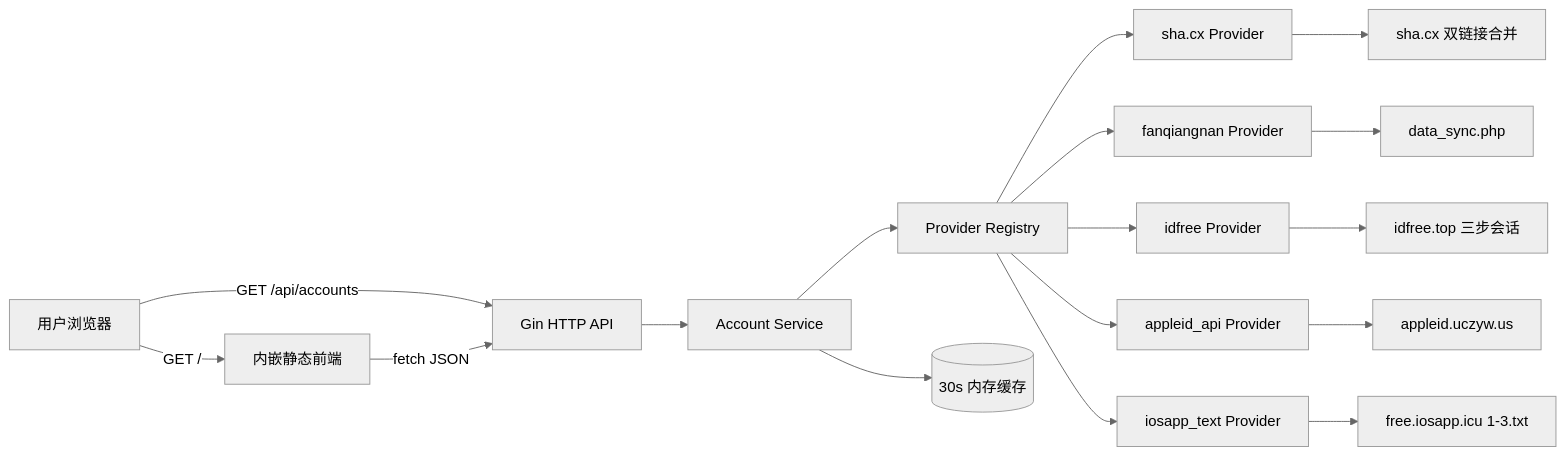
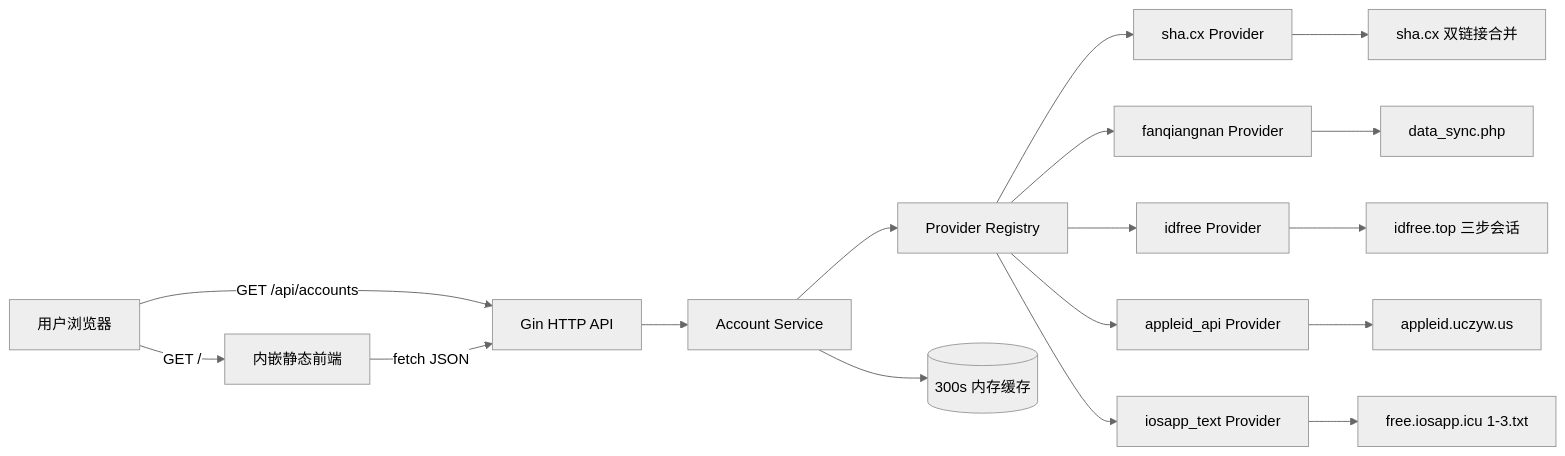
Before and after one commit to Q1YZn/appleshare-hub: the diagram in docs/ARCHITECTURE.md, drawn with Mermaid (neutral theme). The commit also changed other lines of this file and 7 other files, not shown here.

````diff
--- a/docs/ARCHITECTURE.md
+++ b/docs/ARCHITECTURE.md
@@ -13,19 +13,19 @@
 ```mermaid
 flowchart LR
     User[用户浏览器] -->|GET /| Web[内嵌静态前端]
     User -->|GET /api/accounts| Gin[Gin HTTP API]
     Web -->|fetch JSON| Gin
     Gin --> Service[Account Service]
     Service --> Registry[Provider Registry]
     Registry --> P1[sha.cx Provider]
     Registry --> P3[fanqiangnan Provider]
     Registry --> P4[idfree Provider]
     Registry --> P5[appleid_api Provider]
     Registry --> P6[iosapp_text Provider]
     P1 --> S1[sha.cx 双链接合并]
     P3 --> S3[data_sync.php]
     P4 --> S4[idfree.top 三步会话]
     P5 --> S5[appleid.uczyw.us]
     P6 --> S6[free.iosapp.icu 1-3.txt]
-    Service --> Cache[(30s 内存缓存)]
+    Service --> Cache[(300s 内存缓存)]
 ```
````
